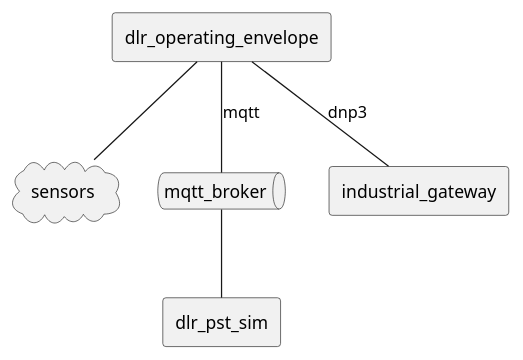
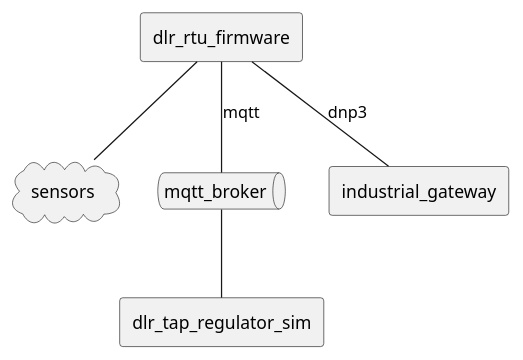
The first of 4 diagrams in readme.md (arcnode-io/dlr-rtu-firmware), drawn with PlantUML before and after one commit. The commit also changed other lines of this file and 8 other files, not shown here.

First line of the commit message:
🏷️ chore(repo): rename dlr-operating-envelope to dlr-rtu-firmware

````diff
--- a/readme.md
+++ b/readme.md
@@ -48,13 +48,13 @@
 ```plantuml
-rectangle dlr_operating_envelope
+rectangle dlr_rtu_firmware
 
 cloud sensors
 queue mqtt_broker
-rectangle dlr_pst_sim
+rectangle dlr_tap_regulator_sim
 rectangle industrial_gateway
 
-dlr_operating_envelope -- sensors
-dlr_operating_envelope -- mqtt_broker: mqtt
-mqtt_broker -- dlr_pst_sim
-dlr_operating_envelope -- industrial_gateway: dnp3
+dlr_rtu_firmware -- sensors
+dlr_rtu_firmware -- mqtt_broker: mqtt
+mqtt_broker -- dlr_tap_regulator_sim
+dlr_rtu_firmware -- industrial_gateway: dnp3
 ```
````
